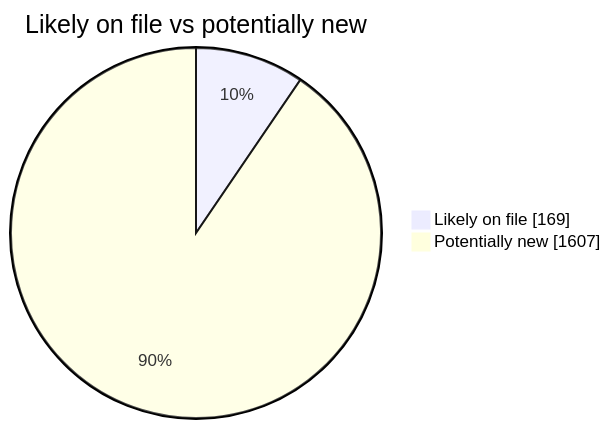
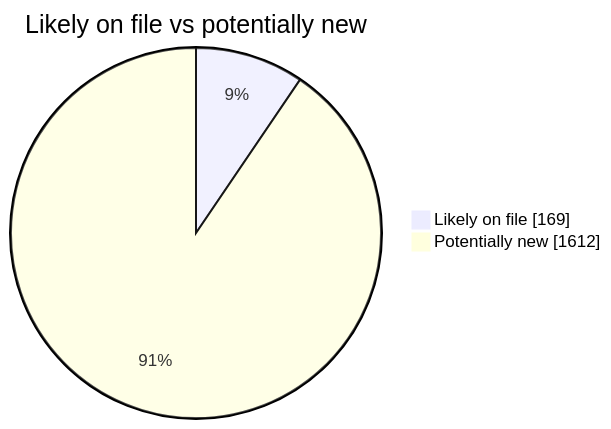
Before and after one commit to martinbalfanz/social-scanner-reports: the second of 4 diagrams in README.md, drawn with Mermaid. The commit also changed other lines of this file and 4 other files, not shown here.

````diff
--- a/README.md
+++ b/README.md
@@ -40,5 +40,5 @@
 ```mermaid
 pie showData title Likely on file vs potentially new
     "Likely on file" : 169
-    "Potentially new" : 1607
+    "Potentially new" : 1612
 ```
````
